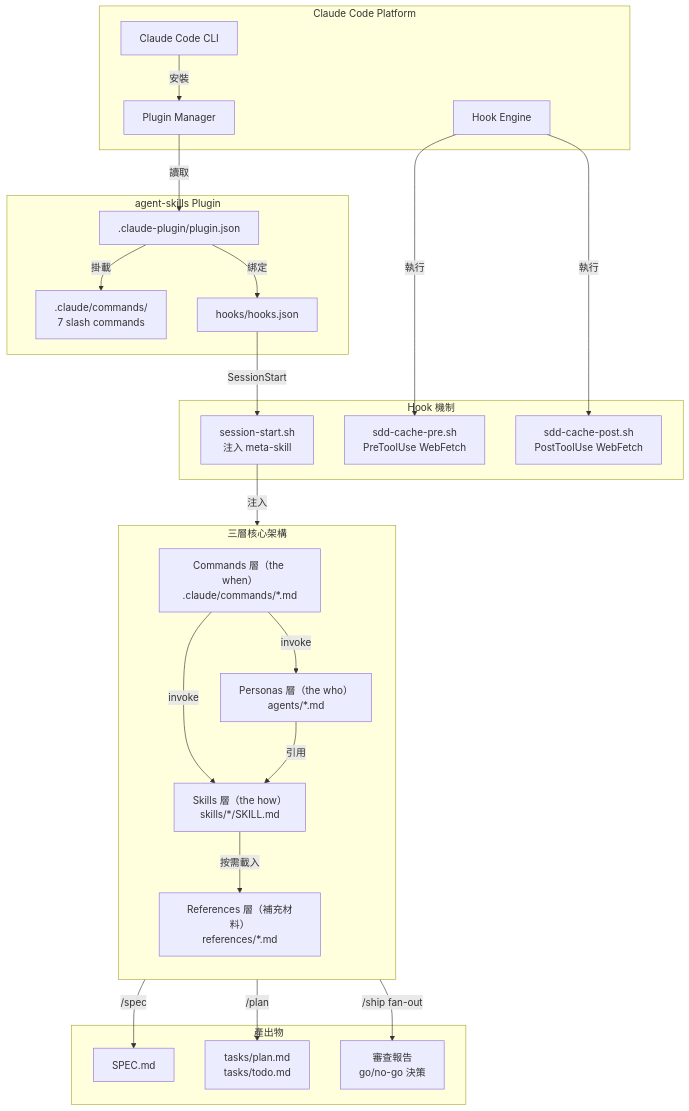
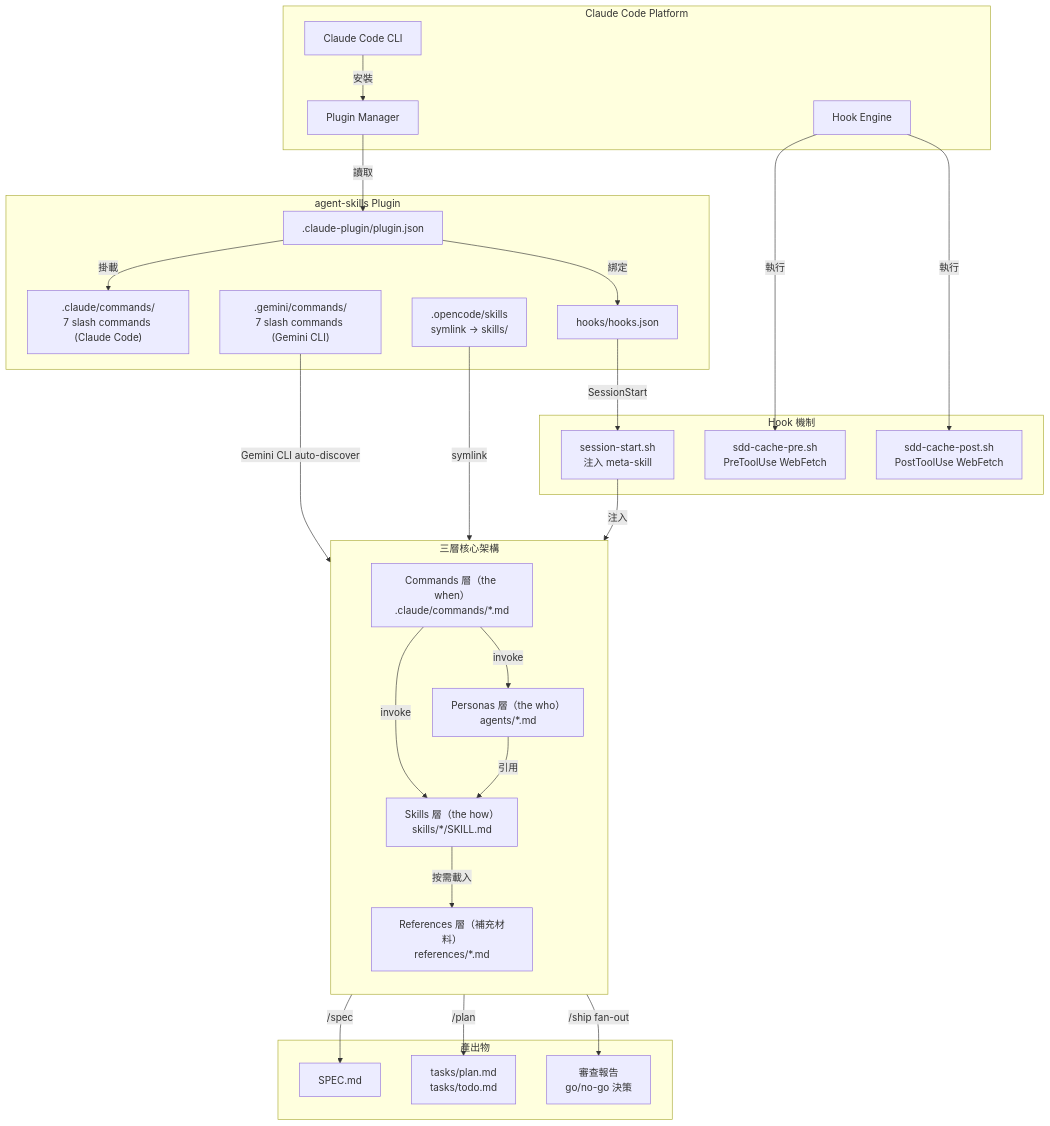
Before and after one commit to pichiu/agent-skills: the first of 2 diagrams in .trace/ARCHITECTURE.md, drawn with Mermaid. The commit also changed other lines of this file, not shown here.

Commit message:
trace: update ARCHITECTURE.md for 1f66d57..19e49a0

````diff
--- a/.trace/ARCHITECTURE.md
+++ b/.trace/ARCHITECTURE.md
@@ -7,53 +7,57 @@
 ```mermaid
 graph TD
     subgraph Platform["Claude Code Platform"]
         CC["Claude Code CLI"]
         PM["Plugin Manager"]
         HE["Hook Engine"]
     end
 
     subgraph Plugin["agent-skills Plugin"]
         MANIFEST[".claude-plugin/plugin.json"]
-        CMD_DIR[".claude/commands/\n7 slash commands"]
+        CMD_DIR[".claude/commands/\n7 slash commands (Claude Code)"]
+        GEMINI_CMD[".gemini/commands/\n7 slash commands (Gemini CLI)"]
+        OC_LINK[".opencode/skills\nsymlink → skills/"]
         HOOKS_JSON["hooks/hooks.json"]
     end
 
     subgraph CoreLayers["三層核心架構"]
         direction TB
         C_LAYER["Commands 層（the when）\n.claude/commands/*.md"]
         P_LAYER["Personas 層（the who）\nagents/*.md"]
         S_LAYER["Skills 層（the how）\nskills/*/SKILL.md"]
         REF_LAYER["References 層（補充材料）\nreferences/*.md"]
     end
 
     subgraph Hooks["Hook 機制"]
         SH["session-start.sh\n注入 meta-skill"]
         SDD_PRE["sdd-cache-pre.sh\nPreToolUse WebFetch"]
         SDD_POST["sdd-cache-post.sh\nPostToolUse WebFetch"]
     end
 
     subgraph Outputs["產出物"]
         SPEC["SPEC.md"]
         TASKS["tasks/plan.md\ntasks/todo.md"]
         REPORT["審查報告\ngo/no-go 決策"]
     end
 
     CC -->|安裝| PM
     PM -->|讀取| MANIFEST
     MANIFEST -->|掛載| CMD_DIR
+    GEMINI_CMD -->|Gemini CLI auto-discover| S_LAYER
+    OC_LINK -->|symlink| S_LAYER
     MANIFEST -->|綁定| HOOKS_JSON
     HOOKS_JSON -->|SessionStart| SH
     SH -->|注入| S_LAYER
 
     C_LAYER -->|invoke| S_LAYER
     C_LAYER -->|invoke| P_LAYER
     P_LAYER -->|引用| S_LAYER
     S_LAYER -->|按需載入| REF_LAYER
 
     HE -->|執行| SDD_PRE
     HE -->|執行| SDD_POST
 
     C_LAYER -->|/spec| SPEC
     C_LAYER -->|/plan| TASKS
     C_LAYER -->|/ship fan-out| REPORT
 ```
````
